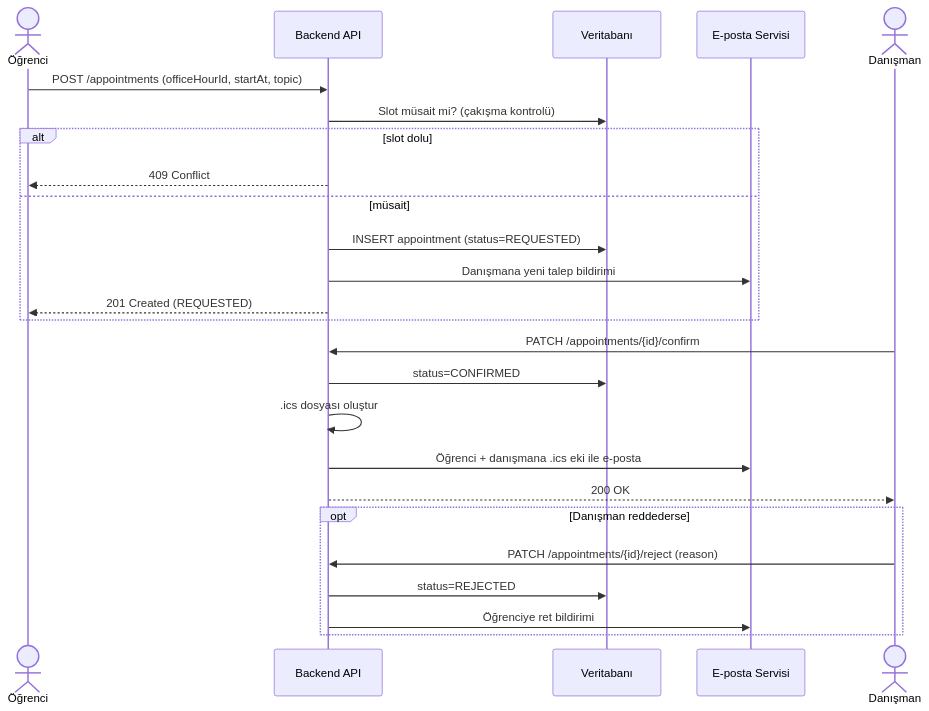
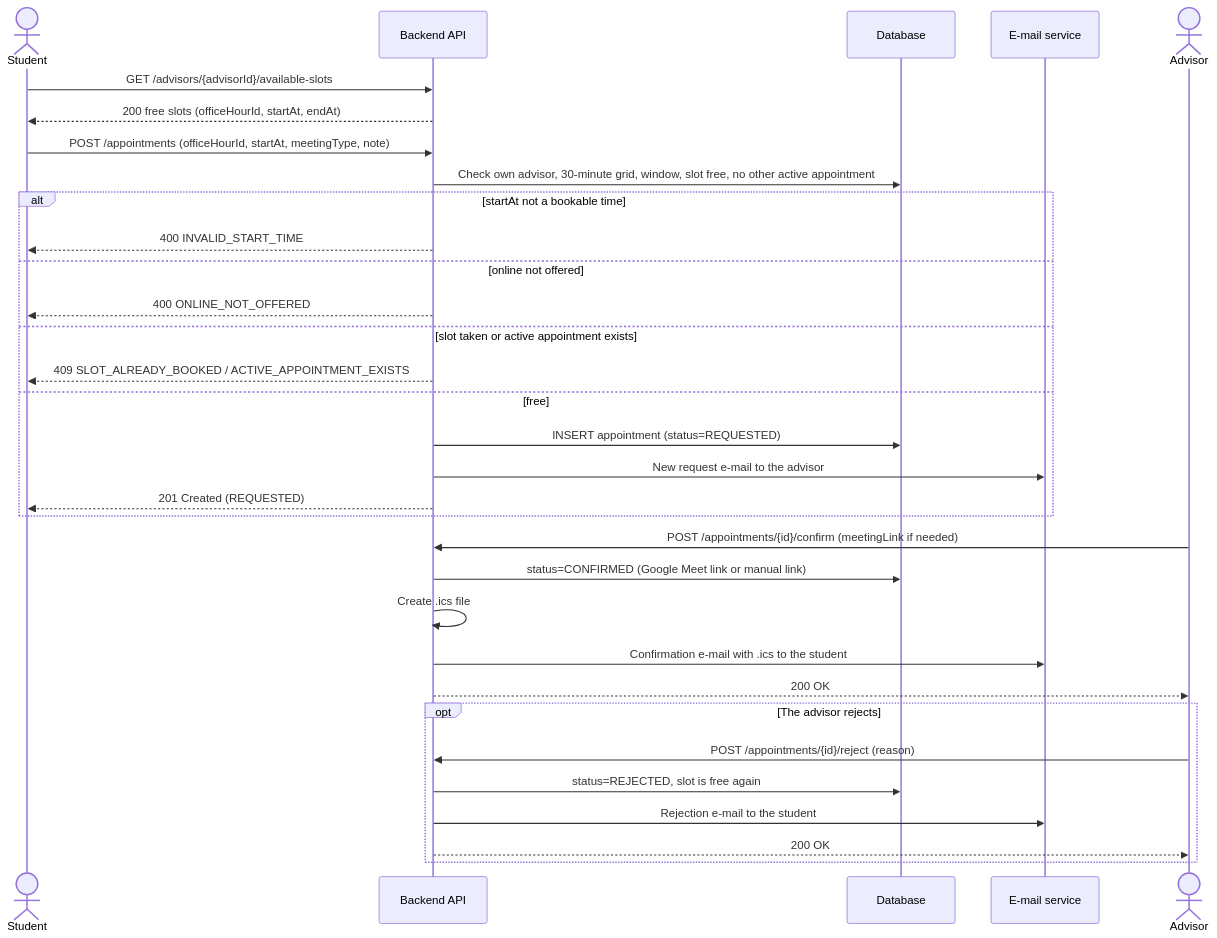
One commit to seng321-group8/SENG321-Project changed the first of 4 diagrams in docs/architecture/appointment-change.md. Above: the diagram before and after it, drawn with Mermaid. The commit also changed other lines of this file, not shown here.

Commit message:
docs(architecture): align sequence diagrams with OpenAPI v0.5.0 (#68)

````diff
--- a/docs/architecture/appointment-change.md
+++ b/docs/architecture/appointment-change.md
@@ -7,30 +8,38 @@
 ```mermaid
 sequenceDiagram
-    actor S as Öğrenci
+    actor S as Student
     participant API as Backend API
-    participant DB as Veritabanı
-    participant Mail as E-posta Servisi
-    actor A as Danışman
+    participant DB as Database
+    participant Mail as E-mail service
+    actor A as Advisor
 
-    S->>API: POST /appointments (officeHourId, startAt, topic)
-    API->>DB: Slot müsait mi? (çakışma kontrolü)
-    alt slot dolu
-        API-->>S: 409 Conflict
-    else müsait
+    S->>API: GET /advisors/{advisorId}/available-slots
+    API-->>S: 200 free slots (officeHourId, startAt, endAt)
+
+    S->>API: POST /appointments (officeHourId, startAt, meetingType, note)
+    API->>DB: Check own advisor, 30-minute grid, window, slot free, no other active appointment
+    alt startAt not a bookable time
+        API-->>S: 400 INVALID_START_TIME
+    else online not offered
+        API-->>S: 400 ONLINE_NOT_OFFERED
+    else slot taken or active appointment exists
+        API-->>S: 409 SLOT_ALREADY_BOOKED / ACTIVE_APPOINTMENT_EXISTS
+    else free
         API->>DB: INSERT appointment (status=REQUESTED)
-        API->>Mail: Danışmana yeni talep bildirimi
+        API->>Mail: New request e-mail to the advisor
         API-->>S: 201 Created (REQUESTED)
     end
 
-    A->>API: PATCH /appointments/{id}/confirm
-    API->>DB: status=CONFIRMED
-    API->>API: .ics dosyası oluştur
-    API->>Mail: Öğrenci + danışmana .ics eki ile e-posta
+    A->>API: POST /appointments/{id}/confirm (meetingLink if needed)
+    API->>DB: status=CONFIRMED (Google Meet link or manual link)
+    API->>API: Create .ics file
+    API->>Mail: Confirmation e-mail with .ics to the student
     API-->>A: 200 OK
 
-    opt Danışman reddederse
-        A->>API: PATCH /appointments/{id}/reject (reason)
-        API->>DB: status=REJECTED
-        API->>Mail: Öğrenciye ret bildirimi
+    opt The advisor rejects
+        A->>API: POST /appointments/{id}/reject (reason)
+        API->>DB: status=REJECTED, slot is free again
+        API->>Mail: Rejection e-mail to the student
+        API-->>A: 200 OK
     end
 ```
````
